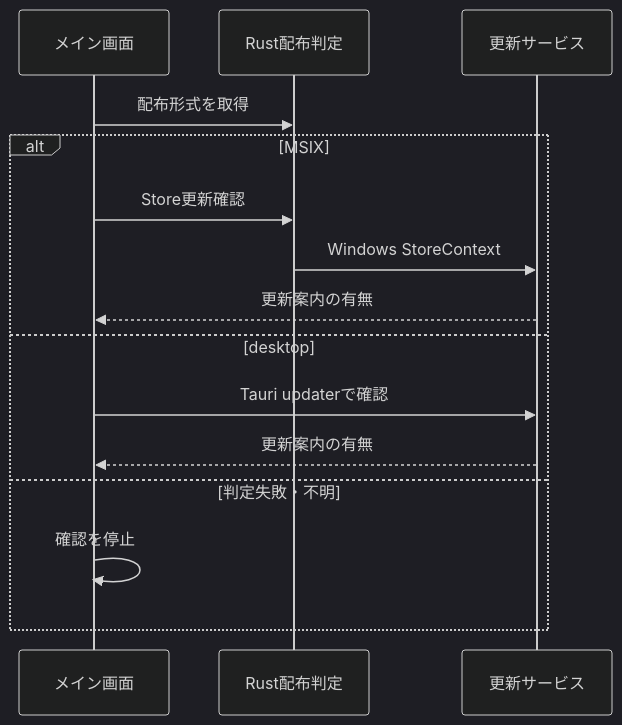
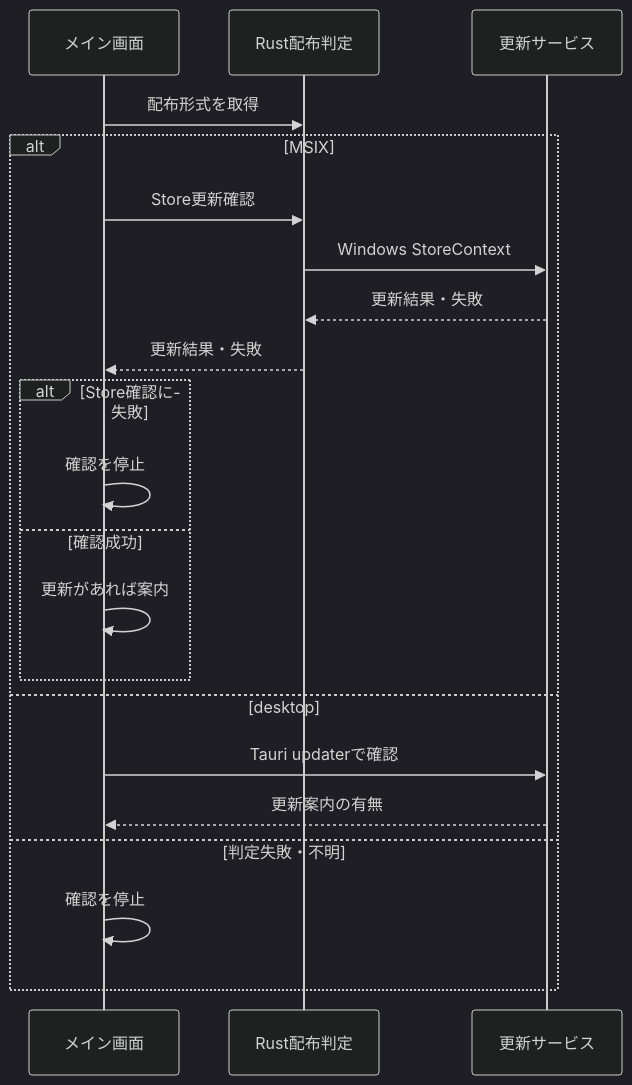
One commit to ore-no-fusen/ore-no-fusen changed the first of 4 diagrams in docs-v2/008_DISTRIBUTION.md. Above: the diagram before and after it, drawn with Mermaid (dark theme). The commit also changed 1 other file, not shown here.

Commit message:
fix: 更新確認の設計図を補正しPWA版を明示する

````diff
--- a/docs-v2/008_DISTRIBUTION.md
+++ b/docs-v2/008_DISTRIBUTION.md
@@ -154,17 +154,23 @@
 ```mermaid
 sequenceDiagram
     participant Main as メイン画面
     participant Rust as Rust配布判定
     participant Update as 更新サービス
     Main->>Rust: 配布形式を取得
     alt MSIX
         Main->>Rust: Store更新確認
         Rust->>Update: Windows StoreContext
-        Update-->>Main: 更新案内の有無
+        Update-->>Rust: 更新結果・失敗
+        Rust-->>Main: 更新結果・失敗
+        alt Store確認に失敗
+            Main->>Main: 確認を停止
+        else 確認成功
+            Main->>Main: 更新があれば案内
+        end
     else desktop
         Main->>Update: Tauri updaterで確認
         Update-->>Main: 更新案内の有無
     else 判定失敗・不明
         Main->>Main: 確認を停止
     end
 ```
````
